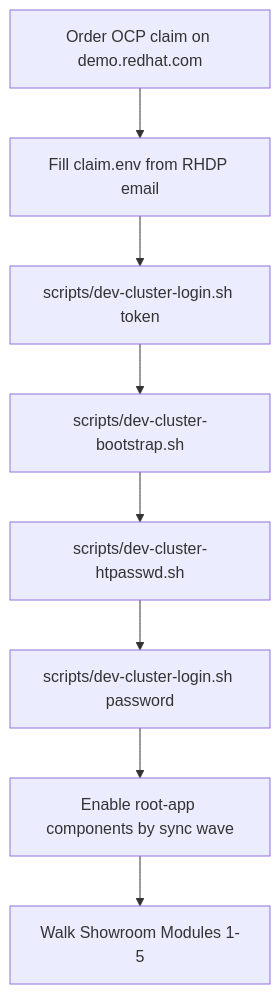
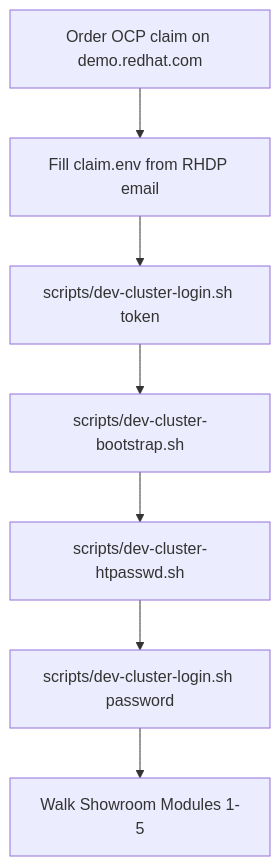
The diagram in docs/DEV-CLUSTER-BOOTSTRAP.md (NA-FSI-Services/lightwell-tssc-workshop), drawn with Mermaid before and after one commit. The commit also changed other lines of this file and 11 other files, not shown here.

````diff
--- a/docs/DEV-CLUSTER-BOOTSTRAP.md
+++ b/docs/DEV-CLUSTER-BOOTSTRAP.md
@@ -9,12 +9,11 @@
 ```mermaid
 flowchart TD
   order[Order OCP claim on demo.redhat.com]
   fill[Fill claim.env from RHDP email]
   loginToken[scripts/dev-cluster-login.sh token]
   boot[scripts/dev-cluster-bootstrap.sh]
   htpasswd[scripts/dev-cluster-htpasswd.sh]
   loginAdmin[scripts/dev-cluster-login.sh password]
-  waves[Enable root-app components by sync wave]
   labs[Walk Showroom Modules 1-5]
-  order --> fill --> loginToken --> boot --> htpasswd --> loginAdmin --> waves --> labs
+  order --> fill --> loginToken --> boot --> htpasswd --> loginAdmin --> labs
 ```
````
